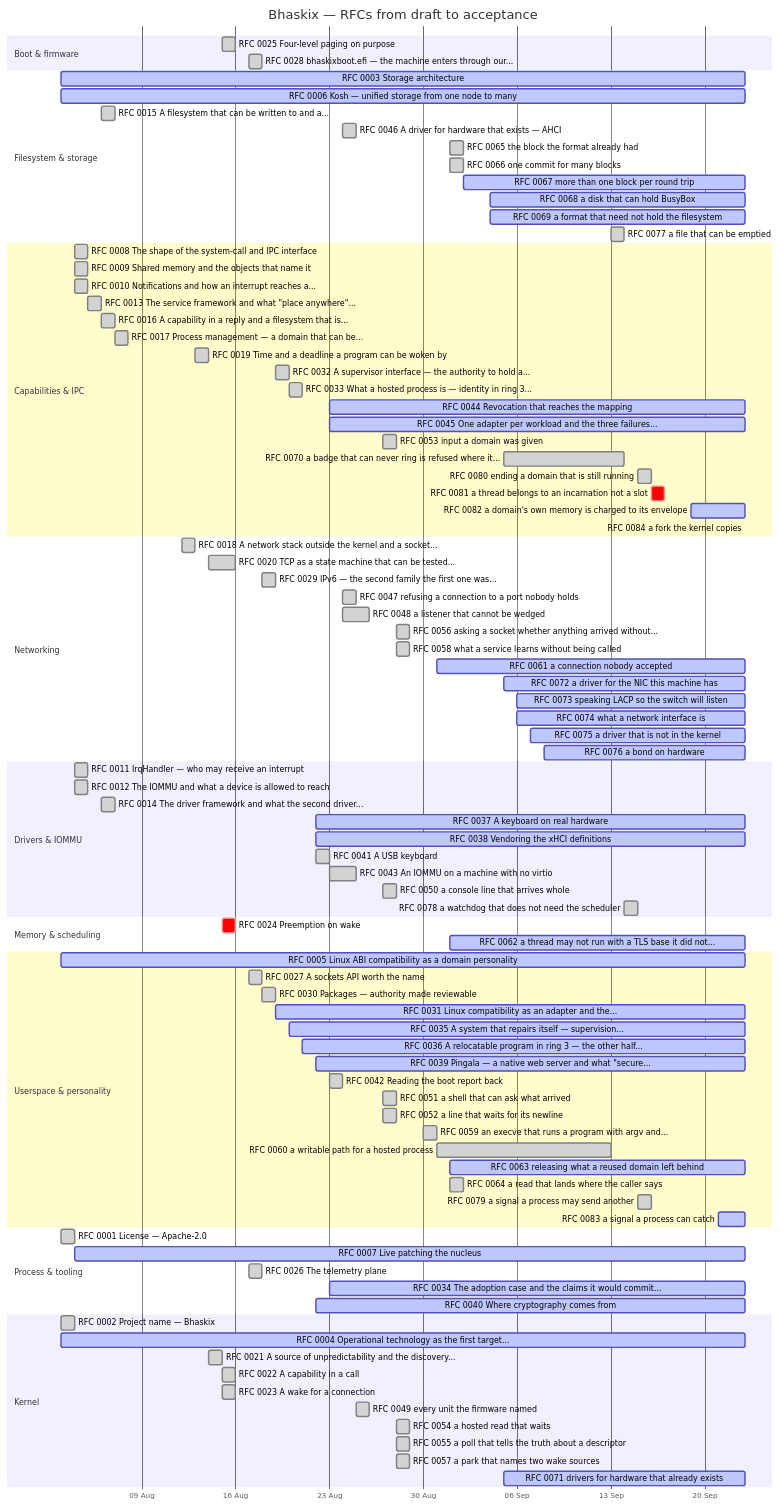
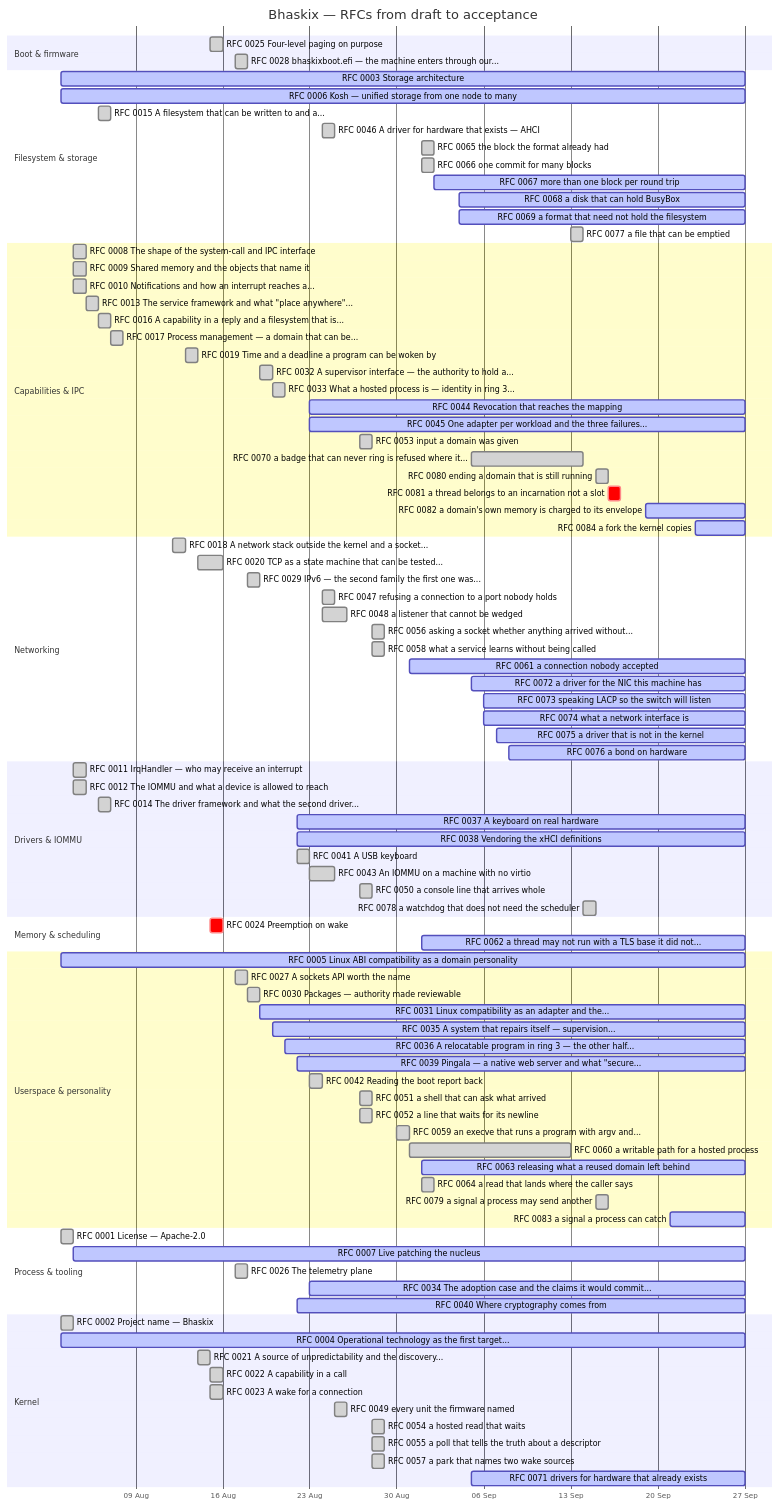
One commit to bhaskix/bhaskix changed the diagram in docs/progress.md. Above: the diagram before and after it, drawn with Mermaid. The commit also changed other lines of this file and 1 other file, not shown here.

First paragraph of the commit message:
docs: ring specimen twenty-three, and the spread separates two shapes filed as one
CI run 742, boot (uefi, qemu64), one station asleep. The predicate-evaluation
spread added on 2026-09-23 gets its first specimen, and it earns itself by ruling
a cause out rather than in.

````diff
--- a/docs/progress.md
+++ b/docs/progress.md
@@ -31,15 +31,15 @@
     RFC 0025 Four-level paging on purpose :done, r0025, 2026-08-15, 2026-08-16
     RFC 0028 bhaskixboot.efi — the machine enters through our... :done, r0028, 2026-08-17, 2026-08-18
     section Filesystem & storage
-    RFC 0003 Storage architecture :active, r0003, 2026-08-03, 2026-09-23
-    RFC 0006 Kosh — unified storage from one node to many :active, r0006, 2026-08-03, 2026-09-23
+    RFC 0003 Storage architecture :active, r0003, 2026-08-03, 2026-09-27
+    RFC 0006 Kosh — unified storage from one node to many :active, r0006, 2026-08-03, 2026-09-27
     RFC 0015 A filesystem that can be written to and a... :done, r0015, 2026-08-06, 1d
     RFC 0046 A driver for hardware that exists — AHCI :done, r0046, 2026-08-24, 1d
     RFC 0065 the block the format already had :done, r0065, 2026-09-01, 1d
     RFC 0066 one commit for many blocks :done, r0066, 2026-09-01, 1d
-    RFC 0067 more than one block per round trip :active, r0067, 2026-09-02, 2026-09-23
-    RFC 0068 a disk that can hold BusyBox :active, r0068, 2026-09-04, 2026-09-23
-    RFC 0069 a format that need not hold the filesystem :active, r0069, 2026-09-04, 2026-09-23
+    RFC 0067 more than one block per round trip :active, r0067, 2026-09-02, 2026-09-27
+    RFC 0068 a disk that can hold BusyBox :active, r0068, 2026-09-04, 2026-09-27
+    RFC 0069 a format that need not hold the filesystem :active, r0069, 2026-09-04, 2026-09-27
     RFC 0077 a file that can be emptied :done, r0077, 2026-09-13, 1d
     section Capabilities & IPC
     RFC 0008 The shape of the system-call and IPC interface :done, r0008, 2026-08-04, 1d
@@ -51,14 +51,14 @@
     RFC 0019 Time and a deadline a program can be woken by :done, r0019, 2026-08-13, 2026-08-14
     RFC 0032 A supervisor interface — the authority to hold a... :done, r0032, 2026-08-19, 2026-08-20
     RFC 0033 What a hosted process is — identity in ring 3... :done, r0033, 2026-08-20, 1d
-    RFC 0044 Revocation that reaches the mapping :active, r0044, 2026-08-23, 2026-09-23
-    RFC 0045 One adapter per workload and the three failures... :active, r0045, 2026-08-23, 2026-09-23
+    RFC 0044 Revocation that reaches the mapping :active, r0044, 2026-08-23, 2026-09-27
+    RFC 0045 One adapter per workload and the three failures... :active, r0045, 2026-08-23, 2026-09-27
     RFC 0053 input a domain was given :done, r0053, 2026-08-27, 1d
     RFC 0070 a badge that can never ring is refused where it... :done, r0070, 2026-09-05, 2026-09-14
     RFC 0080 ending a domain that is still running :done, r0080, 2026-09-15, 1d
     RFC 0081 a thread belongs to an incarnation not a slot :crit, r0081, 2026-09-16, 1d
-    RFC 0082 a domain's own memory is charged to its envelope :active, r0082, 2026-09-19, 2026-09-23
-    RFC 0084 a fork the kernel copies :active, r0084, 2026-09-23, 2026-09-23
+    RFC 0082 a domain's own memory is charged to its envelope :active, r0082, 2026-09-19, 2026-09-27
+    RFC 0084 a fork the kernel copies :active, r0084, 2026-09-23, 2026-09-27
     section Networking
     RFC 0018 A network stack outside the kernel and a socket... :done, r0018, 2026-08-12, 2026-08-13
     RFC 0020 TCP as a state machine that can be tested... :done, r0020, 2026-08-14, 2026-08-16
@@ -67,51 +67,51 @@
     RFC 0048 a listener that cannot be wedged :done, r0048, 2026-08-24, 2026-08-26
     RFC 0056 asking a socket whether anything arrived without... :done, r0056, 2026-08-28, 1d
     RFC 0058 what a service learns without being called :done, r0058, 2026-08-28, 1d
-    RFC 0061 a connection nobody accepted :active, r0061, 2026-08-31, 2026-09-23
-    RFC 0072 a driver for the NIC this machine has :active, r0072, 2026-09-05, 2026-09-23
-    RFC 0073 speaking LACP so the switch will listen :active, r0073, 2026-09-06, 2026-09-23
-    RFC 0074 what a network interface is :active, r0074, 2026-09-06, 2026-09-23
-    RFC 0075 a driver that is not in the kernel :active, r0075, 2026-09-07, 2026-09-23
-    RFC 0076 a bond on hardware :active, r0076, 2026-09-08, 2026-09-23
+    RFC 0061 a connection nobody accepted :active, r0061, 2026-08-31, 2026-09-27
+    RFC 0072 a driver for the NIC this machine has :active, r0072, 2026-09-05, 2026-09-27
+    RFC 0073 speaking LACP so the switch will listen :active, r0073, 2026-09-06, 2026-09-27
+    RFC 0074 what a network interface is :active, r0074, 2026-09-06, 2026-09-27
+    RFC 0075 a driver that is not in the kernel :active, r0075, 2026-09-07, 2026-09-27
+    RFC 0076 a bond on hardware :active, r0076, 2026-09-08, 2026-09-27
     section Drivers & IOMMU
     RFC 0011 IrqHandler — who may receive an interrupt :done, r0011, 2026-08-04, 1d
     RFC 0012 The IOMMU and what a device is allowed to reach :done, r0012, 2026-08-04, 1d
     RFC 0014 The driver framework and what the second driver... :done, r0014, 2026-08-06, 1d
-    RFC 0037 A keyboard on real hardware :active, r0037, 2026-08-22, 2026-09-23
-    RFC 0038 Vendoring the xHCI definitions :active, r0038, 2026-08-22, 2026-09-23
+    RFC 0037 A keyboard on real hardware :active, r0037, 2026-08-22, 2026-09-27
+    RFC 0038 Vendoring the xHCI definitions :active, r0038, 2026-08-22, 2026-09-27
     RFC 0041 A USB keyboard :done, r0041, 2026-08-22, 2026-08-23
     RFC 0043 An IOMMU on a machine with no virtio :done, r0043, 2026-08-23, 2026-08-25
     RFC 0050 a console line that arrives whole :done, r0050, 2026-08-27, 1d
     RFC 0078 a watchdog that does not need the scheduler :done, r0078, 2026-09-14, 2026-09-15
     section Memory & scheduling
     RFC 0024 Preemption on wake :crit, r0024, 2026-08-15, 1d
-    RFC 0062 a thread may not run with a TLS base it did not... :active, r0062, 2026-09-01, 2026-09-23
+    RFC 0062 a thread may not run with a TLS base it did not... :active, r0062, 2026-09-01, 2026-09-27
     section Userspace & personality
-    RFC 0005 Linux ABI compatibility as a domain personality :active, r0005, 2026-08-03, 2026-09-23
+    RFC 0005 Linux ABI compatibility as a domain personality :active, r0005, 2026-08-03, 2026-09-27
     RFC 0027 A sockets API worth the name :done, r0027, 2026-08-17, 1d
     RFC 0030 Packages — authority made reviewable :done, r0030, 2026-08-18, 2026-08-19
-    RFC 0031 Linux compatibility as an adapter and the... :active, r0031, 2026-08-19, 2026-09-23
-    RFC 0035 A system that repairs itself — supervision... :active, r0035, 2026-08-20, 2026-09-23
-    RFC 0036 A relocatable program in ring 3 — the other half... :active, r0036, 2026-08-21, 2026-09-23
-    RFC 0039 Pingala — a native web server and what "secure... :active, r0039, 2026-08-22, 2026-09-23
+    RFC 0031 Linux compatibility as an adapter and the... :active, r0031, 2026-08-19, 2026-09-27
+    RFC 0035 A system that repairs itself — supervision... :active, r0035, 2026-08-20, 2026-09-27
+    RFC 0036 A relocatable program in ring 3 — the other half... :active, r0036, 2026-08-21, 2026-09-27
+    RFC 0039 Pingala — a native web server and what "secure... :active, r0039, 2026-08-22, 2026-09-27
     RFC 0042 Reading the boot report back :done, r0042, 2026-08-23, 1d
     RFC 0051 a shell that can ask what arrived :done, r0051, 2026-08-27, 1d
     RFC 0052 a line that waits for its newline :done, r0052, 2026-08-27, 1d
     RFC 0059 an execve that runs a program with argv and... :done, r0059, 2026-08-30, 1d
     RFC 0060 a writable path for a hosted process :done, r0060, 2026-08-31, 2026-09-13
-    RFC 0063 releasing what a reused domain left behind :active, r0063, 2026-09-01, 2026-09-23
+    RFC 0063 releasing what a reused domain left behind :active, r0063, 2026-09-01, 2026-09-27
     RFC 0064 a read that lands where the caller says :done, r0064, 2026-09-01, 1d
     RFC 0079 a signal a process may send another :done, r0079, 2026-09-15, 1d
-    RFC 0083 a signal a process can catch :active, r0083, 2026-09-21, 2026-09-23
+    RFC 0083 a signal a process can catch :active, r0083, 2026-09-21, 2026-09-27
     section Process & tooling
     RFC 0001 License — Apache-2.0 :done, r0001, 2026-08-03, 1d
-    RFC 0007 Live patching the nucleus :active, r0007, 2026-08-04, 2026-09-23
+    RFC 0007 Live patching the nucleus :active, r0007, 2026-08-04, 2026-09-27
     RFC 0026 The telemetry plane :done, r0026, 2026-08-17, 1d
-    RFC 0034 The adoption case and the claims it would commit... :active, r0034, 2026-08-23, 2026-09-23
-    RFC 0040 Where cryptography comes from :active, r0040, 2026-08-22, 2026-09-23
+    RFC 0034 The adoption case and the claims it would commit... :active, r0034, 2026-08-23, 2026-09-27
+    RFC 0040 Where cryptography comes from :active, r0040, 2026-08-22, 2026-09-27
     section Kernel
     RFC 0002 Project name — Bhaskix :done, r0002, 2026-08-03, 1d
-    RFC 0004 Operational technology as the first target... :active, r0004, 2026-08-03, 2026-09-23
+    RFC 0004 Operational technology as the first target... :active, r0004, 2026-08-03, 2026-09-27
     RFC 0021 A source of unpredictability and the discovery... :done, r0021, 2026-08-14, 1d
     RFC 0022 A capability in a call :done, r0022, 2026-08-15, 2026-08-16
     RFC 0023 A wake for a connection :done, r0023, 2026-08-15, 2026-08-16
@@ -119,5 +119,5 @@
     RFC 0054 a hosted read that waits :done, r0054, 2026-08-28, 1d
     RFC 0055 a poll that tells the truth about a descriptor :done, r0055, 2026-08-28, 1d
     RFC 0057 a park that names two wake sources :done, r0057, 2026-08-28, 1d
-    RFC 0071 drivers for hardware that already exists :active, r0071, 2026-09-05, 2026-09-23
+    RFC 0071 drivers for hardware that already exists :active, r0071, 2026-09-05, 2026-09-27
 ```
````
